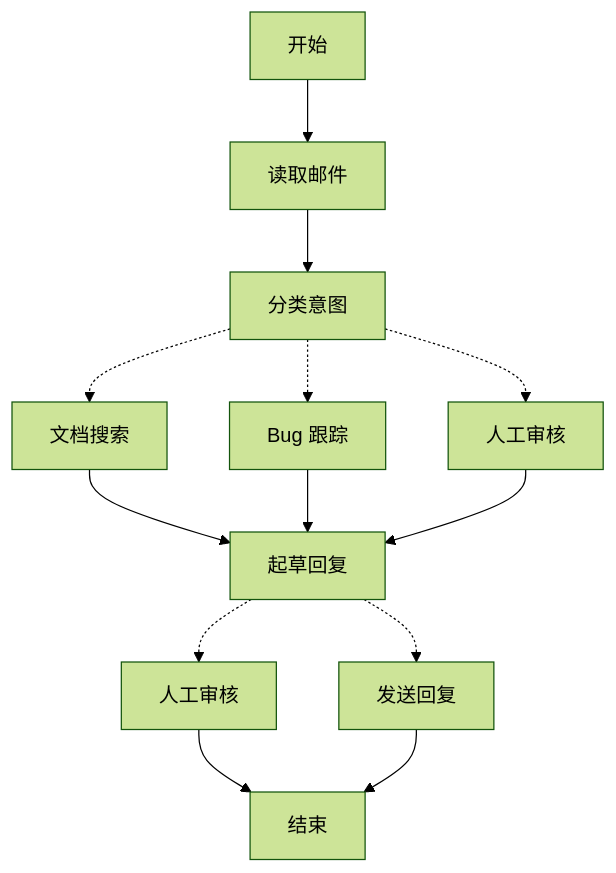
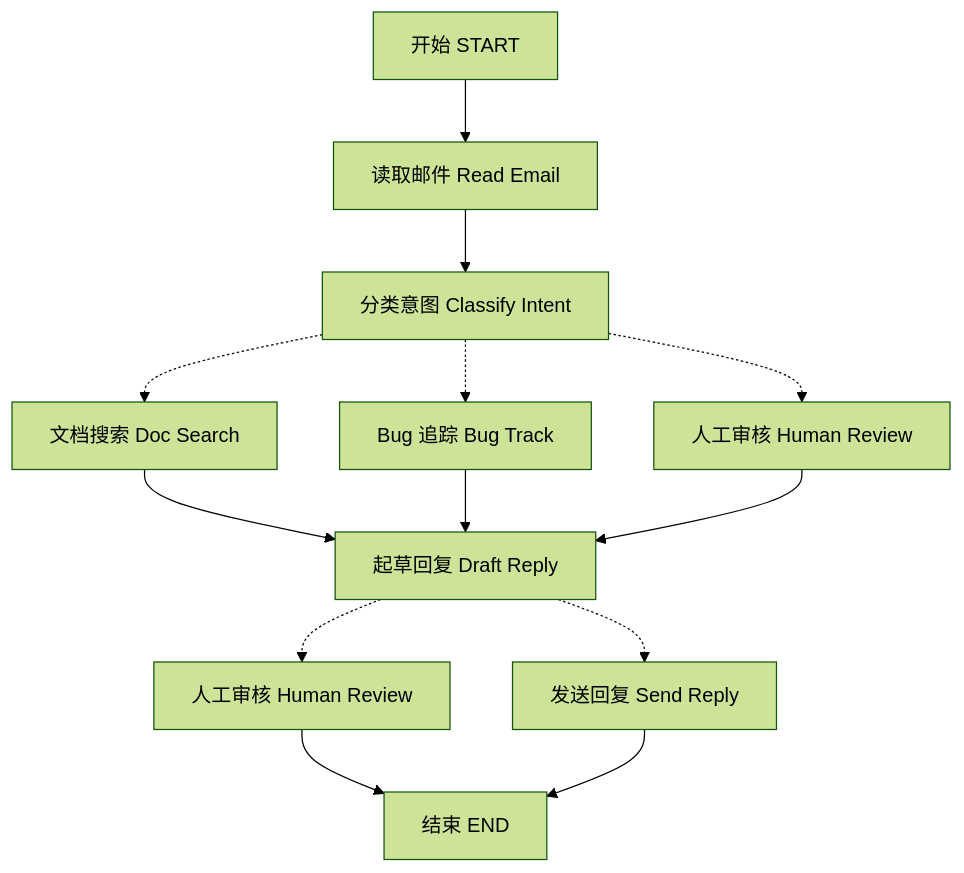
The diagram in src/oss/langgraph/thinking-in-langgraph.mdx (ikun-love/langchain-docs), drawn with Mermaid (forest theme) before and after one commit. The commit also changed other lines of this file and 261 other files, not shown here.

````diff
--- a/src/oss/langgraph/thinking-in-langgraph.mdx
+++ b/src/oss/langgraph/thinking-in-langgraph.mdx
@@ -39,19 +39,19 @@
 ```mermaid
 flowchart TD
-    A[开始] --> B[读取邮件]
-    B --> C[分类意图]
+    A[开始 START] --> B[读取邮件 Read Email]
+    B --> C[分类意图 Classify Intent]
 
-    C -.-> D[文档搜索]
-    C -.-> E[Bug 跟踪]
-    C -.-> F[人工审核]
+    C -.-> D[文档搜索 Doc Search]
+    C -.-> E[Bug 追踪 Bug Track]
+    C -.-> F[人工审核 Human Review]
 
-    D --> G[起草回复]
+    D --> G[起草回复 Draft Reply]
     E --> G
     F --> G
 
-    G -.-> H[人工审核]
-    G -.-> I[发送回复]
+    G -.-> H[人工审核 Human Review]
+    G -.-> I[发送回复 Send Reply]
 
-    H --> J[结束]
-    I --> J[结束]
+    H --> J[结束 END]
+    I --> J[结束 END]
 ```
````
